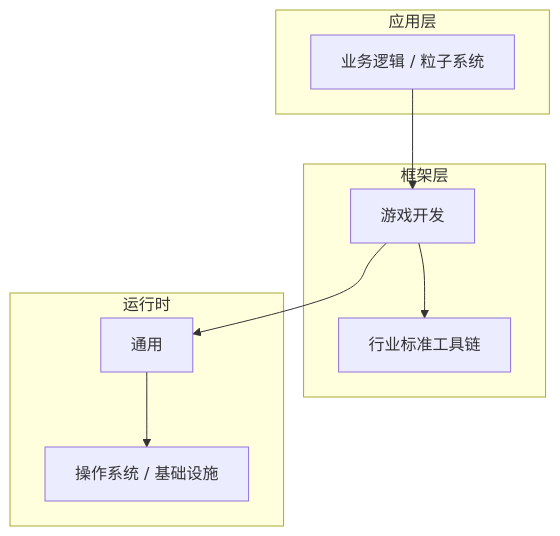
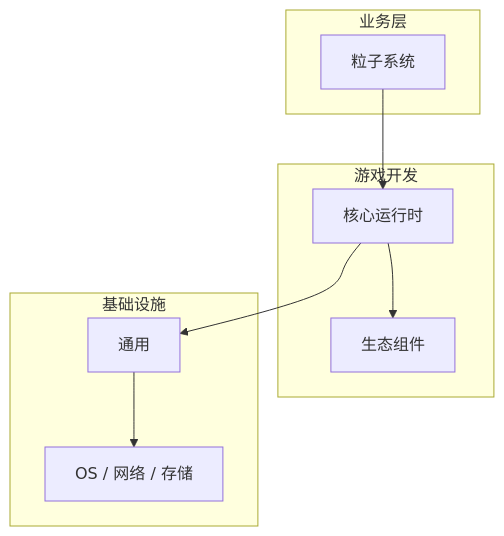
The diagram in articles/游戏开发/chapters/055-粒子系统核心概念与原理.md (yanggan2015/knowledge-json-v2), drawn with Mermaid before and after one commit. The commit also changed other lines of this file and 10127 other files, not shown here.

````diff
--- a/articles/游戏开发/chapters/055-粒子系统核心概念与原理.md
+++ b/articles/游戏开发/chapters/055-粒子系统核心概念与原理.md
@@ -45,18 +30,18 @@
 ```mermaid
 graph TB
-    subgraph 应用层
-        A[业务逻辑 / 粒子系统]
+    subgraph 业务层
+        A[粒子系统]
     end
-    subgraph 框架层
-        B[游戏开发]
-        C[行业标准工具链]
+    subgraph 游戏开发
+        B[核心运行时]
+        C[生态组件]
     end
-    subgraph 运行时
+    subgraph 基础设施
         D[通用]
-        E[操作系统 / 基础设施]
+        E[OS / 网络 / 存储]
     end
     A --> B
     B --> C
     B --> D
     D --> E
 ```
````
